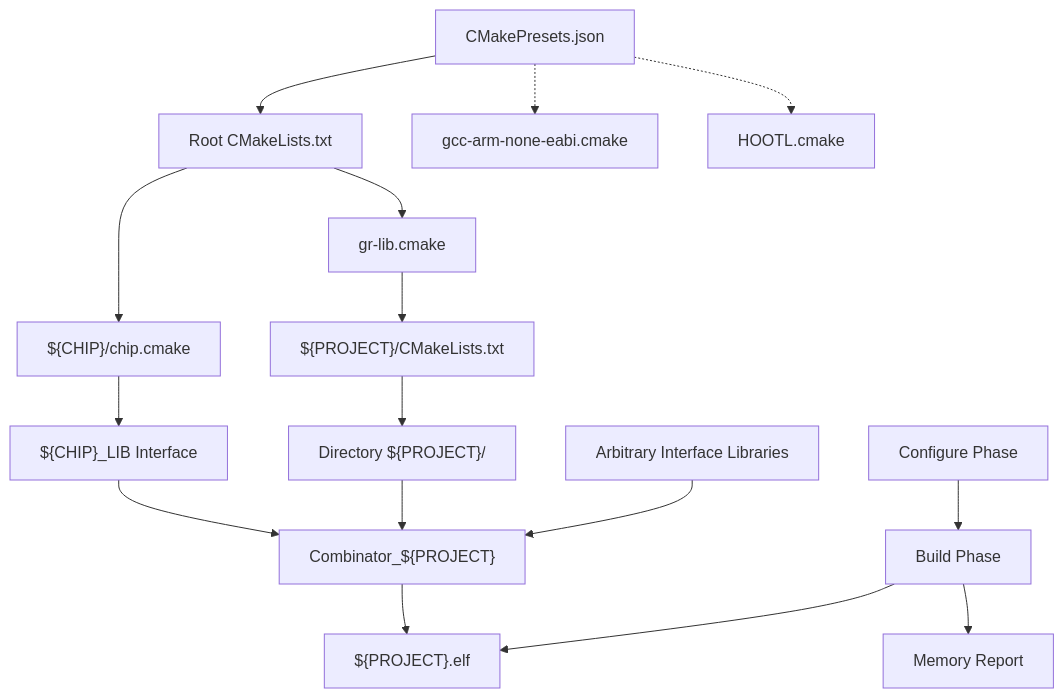
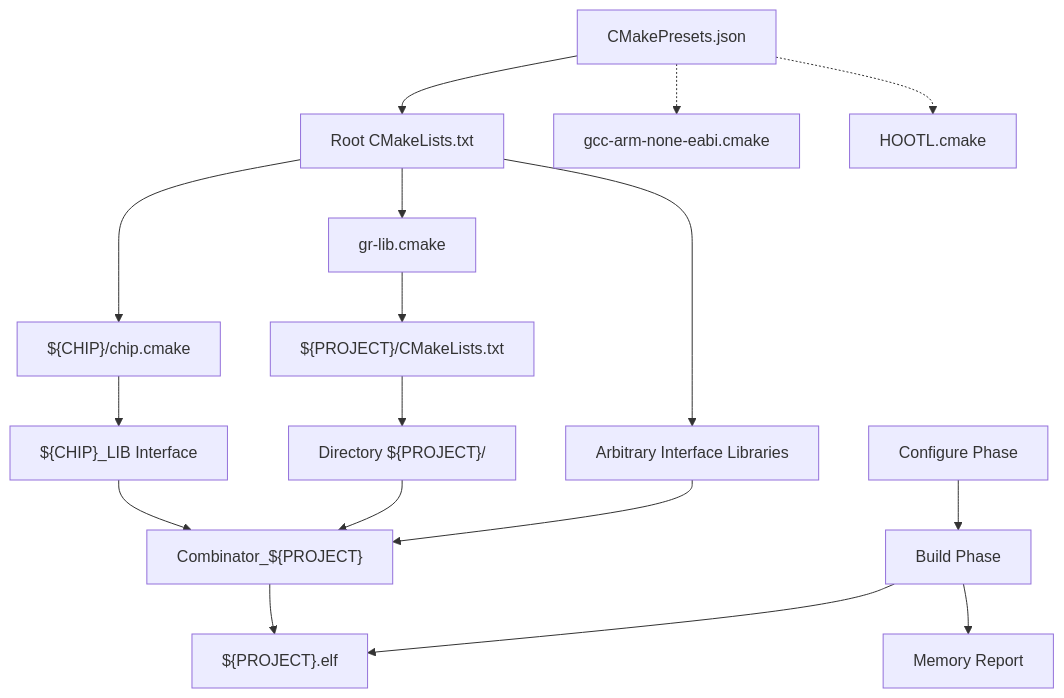
Before and after one commit to Gaucho-Racing/Firmware: the diagram in CMAKE.md, drawn with Mermaid.

Commit message:
Fix diagram for Arbitrary Interface Libraries in CMake documentation

````diff
--- a/CMAKE.md
+++ b/CMAKE.md
@@ -69,31 +69,32 @@
 ```mermaid
 flowchart TD
    %% Configuration Layer
    Presets["CMakePresets.json"] --> Root["Root CMakeLists.txt"]
    Presets -.-> Toolchain1["gcc-arm-none-eabi.cmake"]
    Presets -.-> Toolchain2["HOOTL.cmake"]
 
    %% Core Flow
    Root --> GRLib["gr-lib.cmake"]
    Root --> ChipConfig["${CHIP}/chip.cmake"]
 
    %% Platform & Project
    GRLib --> ProjectCMake["${PROJECT}/CMakeLists.txt"]
    ChipConfig --> PlatformLib["${CHIP}_LIB Interface"]
 
    %% Linking
    ProjectCMake --> UserCode["Directory ${PROJECT}/"]
    PlatformLib --> Combinator["Combinator_${PROJECT}"]
    UserCode --> Combinator
 
    %% Arbitrary Interface Libraries
-   ArbitraryLibs["Arbitrary Interface Libraries"] --> Combinator
+   Root --> ArbitraryLibs["Arbitrary Interface Libraries"]
+   ArbitraryLibs --> Combinator
 
    %% Output
    Combinator --> Executable["${PROJECT}.elf"]
 
    %% Build Process
    Configure["Configure Phase"] --> Build["Build Phase"]
    Build --> Memory["Memory Report"]
    Build --> Executable
 ```
````
